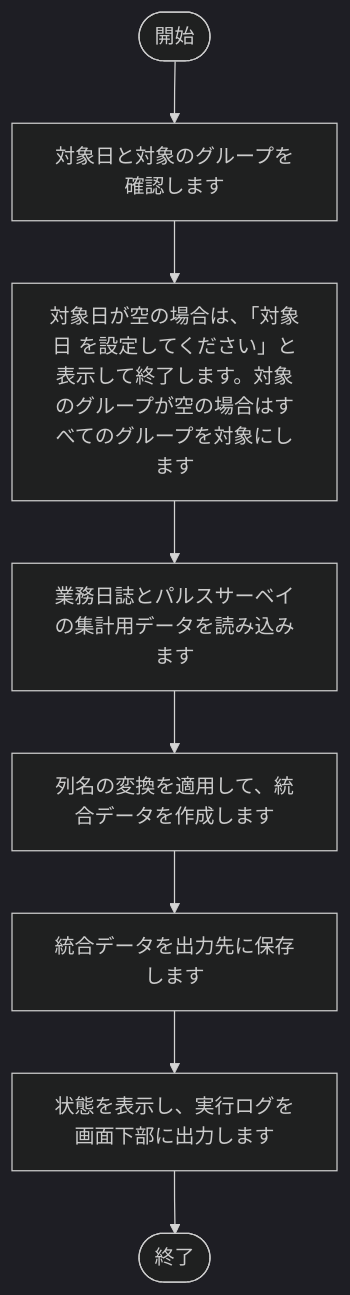
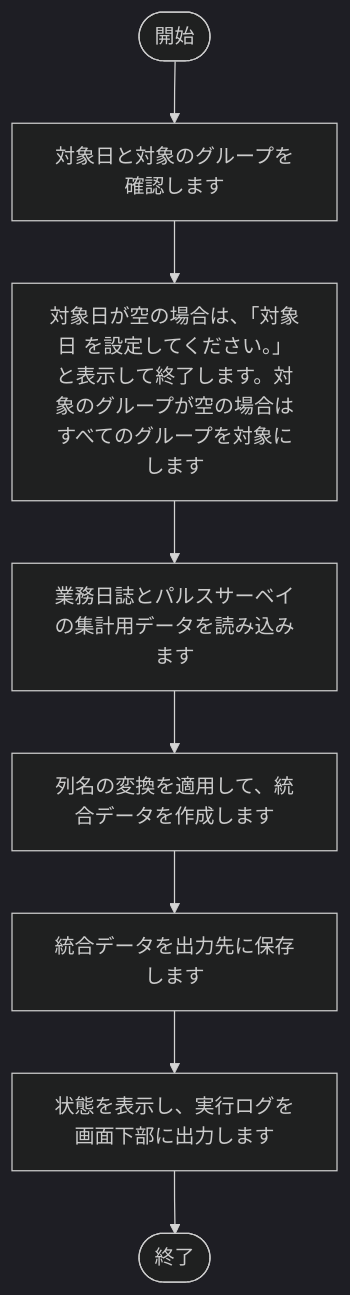
One commit to nishida2073/project_management changed the fourth of 25 diagrams in tool/kintone-aggregator/doc/02_設計/処理フロー.md. Above: the diagram before and after it, drawn with Mermaid (dark theme). The commit also changed other lines of this file and 15 other files, not shown here.

````diff
--- a/tool/kintone-aggregator/doc/02_設計/処理フロー.md
+++ b/tool/kintone-aggregator/doc/02_設計/処理フロー.md
@@ -125,18 +125,18 @@
 ```mermaid
 flowchart TD
     S(["開始"])
     E(["終了"])
     N1["対象日と対象のグループを確認します"]
     S --> N1
-    N2["対象日が空の場合は、「対象日 を設定してください」と表示して終了します。対象のグループが空の場合はすべてのグループを対象にします"]
+    N2["対象日が空の場合は、「対象日 を設定してください。」と表示して終了します。対象のグループが空の場合はすべてのグループを対象にします"]
     N1 --> N2
     N3["業務日誌とパルスサーベイの集計用データを読み込みます"]
     N2 --> N3
     N4["列名の変換を適用して、統合データを作成します"]
     N3 --> N4
     N5["統合データを出力先に保存します"]
     N4 --> N5
     N6["状態を表示し、実行ログを画面下部に出力します"]
     N5 --> N6
     N6 --> E
 ```
````
